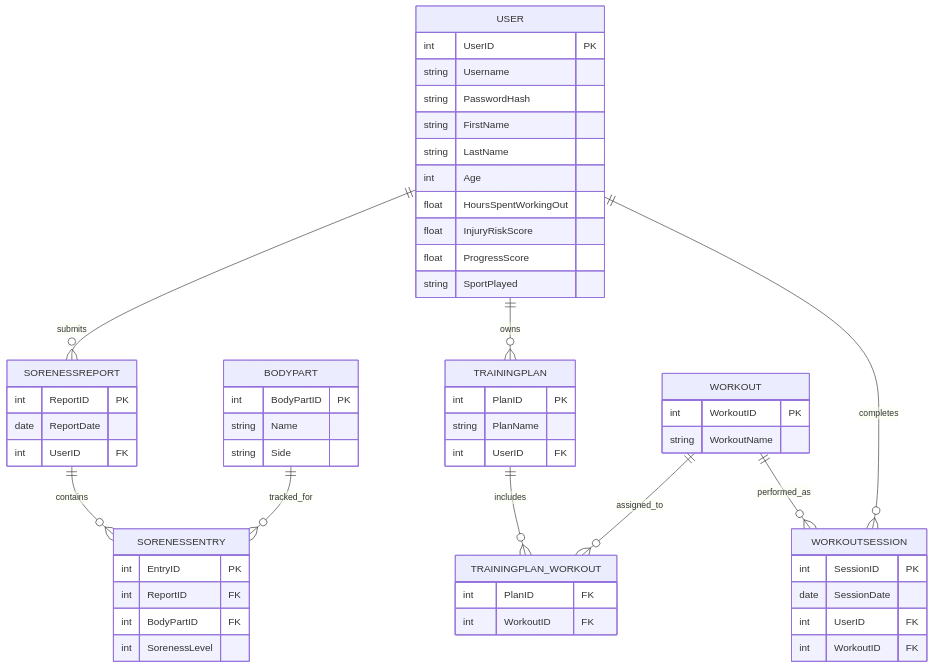
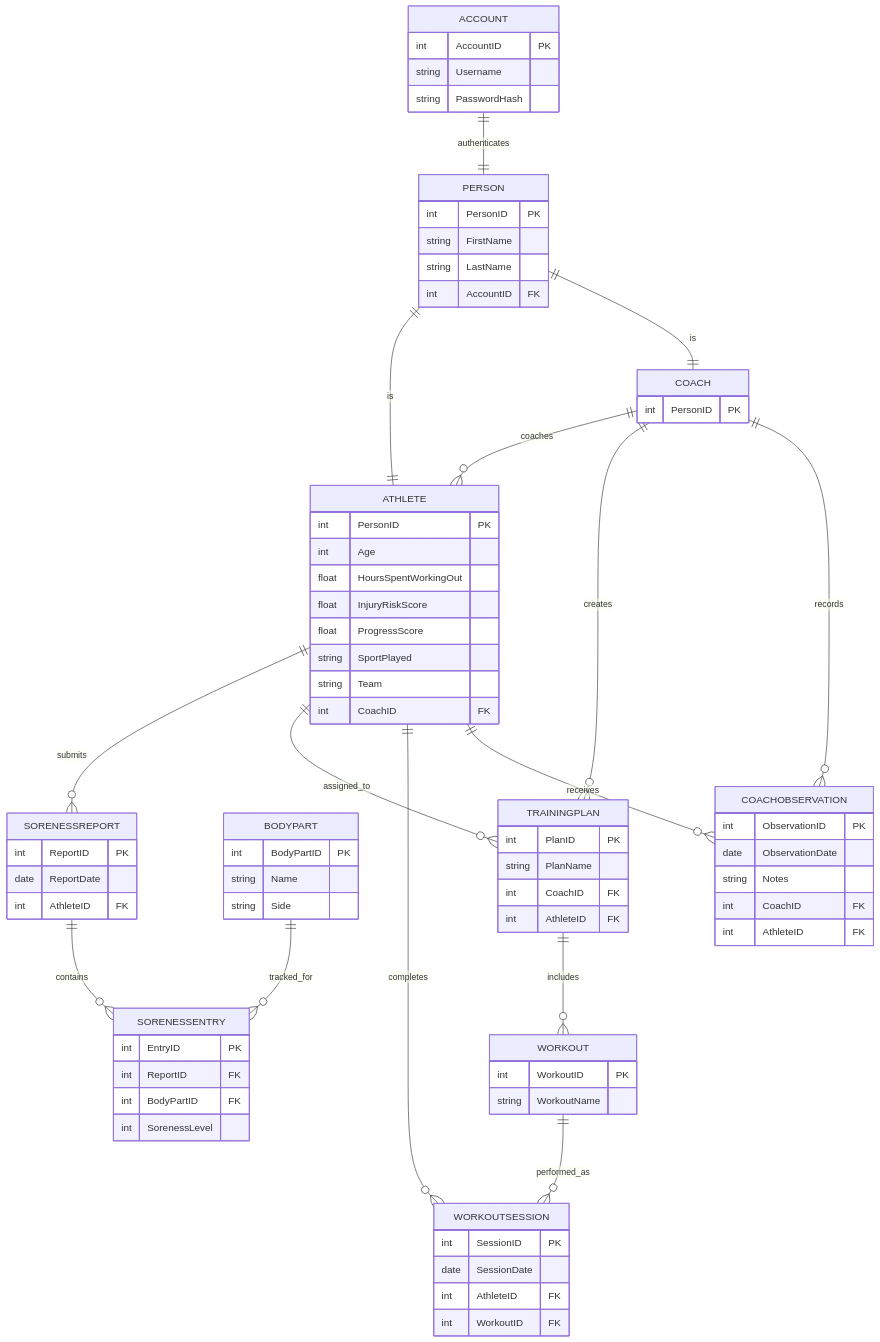
One commit to ms-sparkle/FreeFuse---Interactive-Video-Controlled-Retail-Automation-System changed the diagram in P3NewUI/my-next-app/app/Database/database-design.md. Above: the diagram before and after it, drawn with Mermaid. The commit also changed other lines of this file, not shown here.

Commit message:
Update database-design.md
Updated ER diagram and added relational schema

````diff
--- a/P3NewUI/my-next-app/app/Database/database-design.md
+++ b/P3NewUI/my-next-app/app/Database/database-design.md
@@ -8,23 +8,38 @@
 ```mermaid
 erDiagram
 
-    USER {
-        int UserID PK
+    ACCOUNT {
+        int AccountID PK
         string Username
         string PasswordHash
+    }
+
+    PERSON {
+        int PersonID PK
         string FirstName
         string LastName
+        int AccountID FK
+    }
+
+    ATHLETE {
+        int PersonID PK
         int Age
         float HoursSpentWorkingOut
         float InjuryRiskScore
         float ProgressScore
         string SportPlayed
+        string Team
+        int CoachID FK
+    }
+
+    COACH {
+        int PersonID PK
     }
 
     SORENESSREPORT {
         int ReportID PK
         date ReportDate
-        int UserID FK
+        int AthleteID FK
     }
 
     SORENESSENTRY {
@@ -43,7 +58,8 @@
     TRAININGPLAN {
         int PlanID PK
         string PlanName
-        int UserID FK
+        int CoachID FK
+        int AthleteID FK
     }
 
     WORKOUT {
@@ -51,26 +67,36 @@
         string WorkoutName
     }
 
-    TRAININGPLAN_WORKOUT {
-        int PlanID FK
+    WORKOUTSESSION {
+        int SessionID PK
+        date SessionDate
+        int AthleteID FK
         int WorkoutID FK
     }
 
-    WORKOUTSESSION {
-        int SessionID PK
-        date SessionDate
-        int UserID FK
-        int WorkoutID FK
+    COACHOBSERVATION {
+        int ObservationID PK
+        date ObservationDate
+        string Notes
+        int CoachID FK
+        int AthleteID FK
     }
 
-    USER ||--o{ SORENESSREPORT : submits
+    ACCOUNT ||--|| PERSON : authenticates
+    PERSON ||--|| ATHLETE : is
+    PERSON ||--|| COACH : is
+
+    COACH ||--o{ ATHLETE : coaches
+    ATHLETE ||--o{ SORENESSREPORT : submits
     SORENESSREPORT ||--o{ SORENESSENTRY : contains
     BODYPART ||--o{ SORENESSENTRY : tracked_for
 
-    USER ||--o{ TRAININGPLAN : owns
-    TRAININGPLAN ||--o{ TRAININGPLAN_WORKOUT : includes
-    WORKOUT ||--o{ TRAININGPLAN_WORKOUT : assigned_to
+    COACH ||--o{ TRAININGPLAN : creates
+    ATHLETE ||--o{ TRAININGPLAN : assigned_to
+    TRAININGPLAN ||--o{ WORKOUT : includes
+    WORKOUT ||--o{ WORKOUTSESSION : performed_as
+    ATHLETE ||--o{ WORKOUTSESSION : completes
 
-    USER ||--o{ WORKOUTSESSION : completes
-    WORKOUT ||--o{ WORKOUTSESSION : performed_as
+    COACH ||--o{ COACHOBSERVATION : records
+    ATHLETE ||--o{ COACHOBSERVATION : receives
 ```
````
